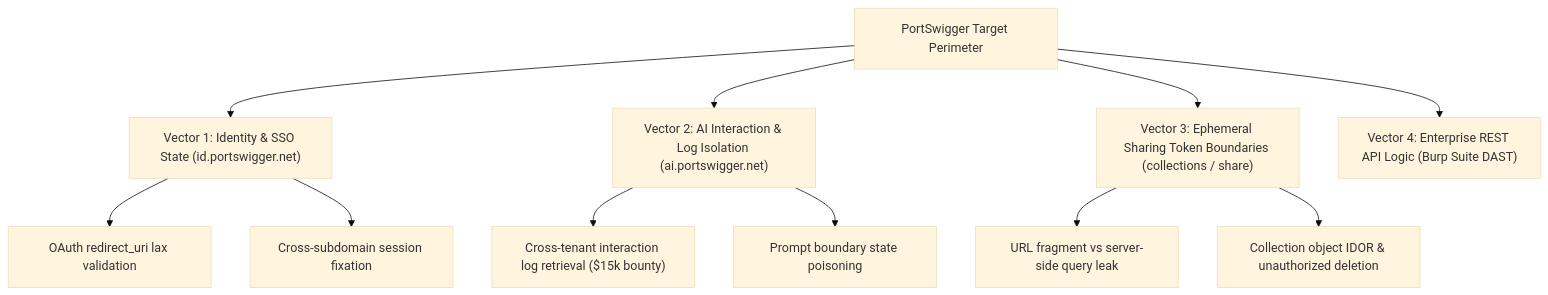
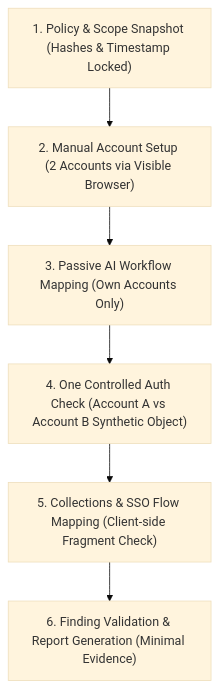
Before and after one commit to webspoilt/bounty-hunter-: the diagram in docs/research/FIRST_TARGET_PORTSWIGGER_RESEARCH_PLAN.md, drawn with Mermaid (base theme). The commit also changed other lines of this file and 1 other file, not shown here.

Commit message:
docs(research): update portswigger scope, metrics and plan

````diff
--- a/docs/research/FIRST_TARGET_PORTSWIGGER_RESEARCH_PLAN.md
+++ b/docs/research/FIRST_TARGET_PORTSWIGGER_RESEARCH_PLAN.md
@@ -46,16 +129,8 @@
 ```mermaid
 flowchart TD
-    A["PortSwigger Target Perimeter"] --> B["Vector 1: Identity & SSO State (id.portswigger.net)"]
-    A --> C["Vector 2: AI Interaction & Log Isolation (ai.portswigger.net)"]
-    A --> D["Vector 3: Ephemeral Sharing Token Boundaries (collections / share)"]
-    A --> E["Vector 4: Enterprise REST API Logic (Burp Suite DAST)"]
-
-    B --> B1["OAuth redirect_uri lax validation"]
-    B --> B2["Cross-subdomain session fixation"]
-    
-    C --> C1["Cross-tenant interaction log retrieval ($15k bounty)"]
-    C --> C2["Prompt boundary state poisoning"]
-    
-    D --> D1["URL fragment vs server-side query leak"]
-    D --> D2["Collection object IDOR & unauthorized deletion"]
+    S1["1. Policy & Scope Snapshot (Hashes & Timestamp Locked)"] --> S2["2. Manual Account Setup (2 Accounts via Visible Browser)"]
+    S2 --> S3["3. Passive AI Workflow Mapping (Own Accounts Only)"]
+    S3 --> S4["4. One Controlled Auth Check (Account A vs Account B Synthetic Object)"]
+    S4 --> S5["5. Collections & SSO Flow Mapping (Client-side Fragment Check)"]
+    S5 --> S6["6. Finding Validation & Report Generation (Minimal Evidence)"]
 ```
````
